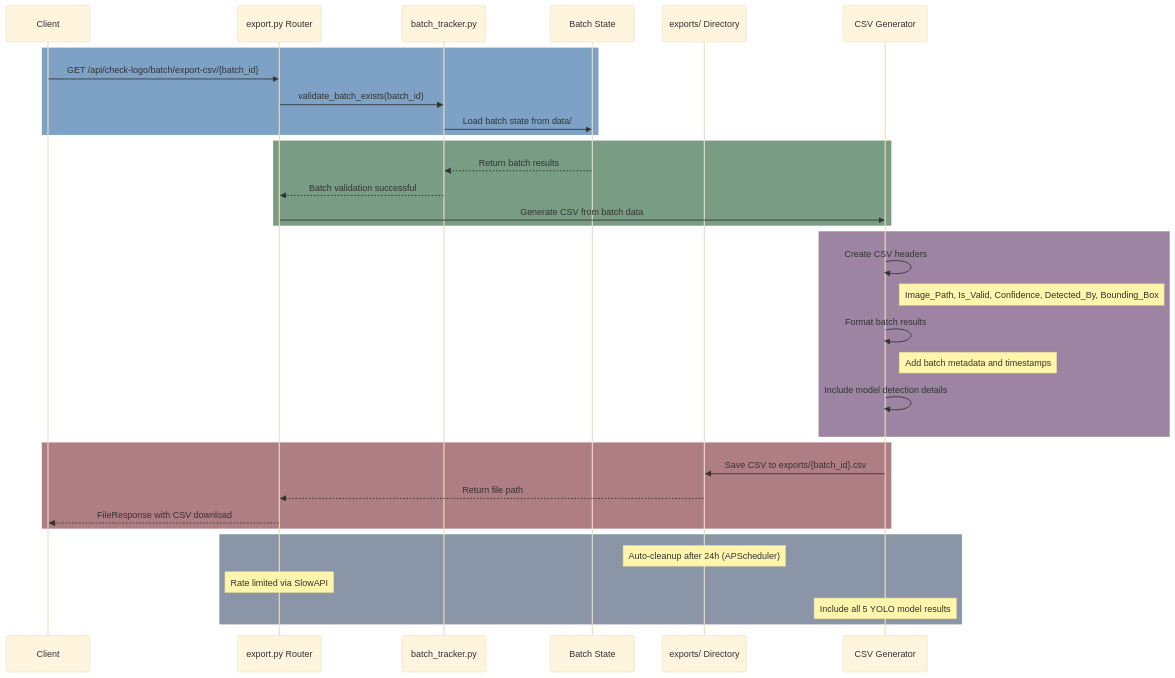
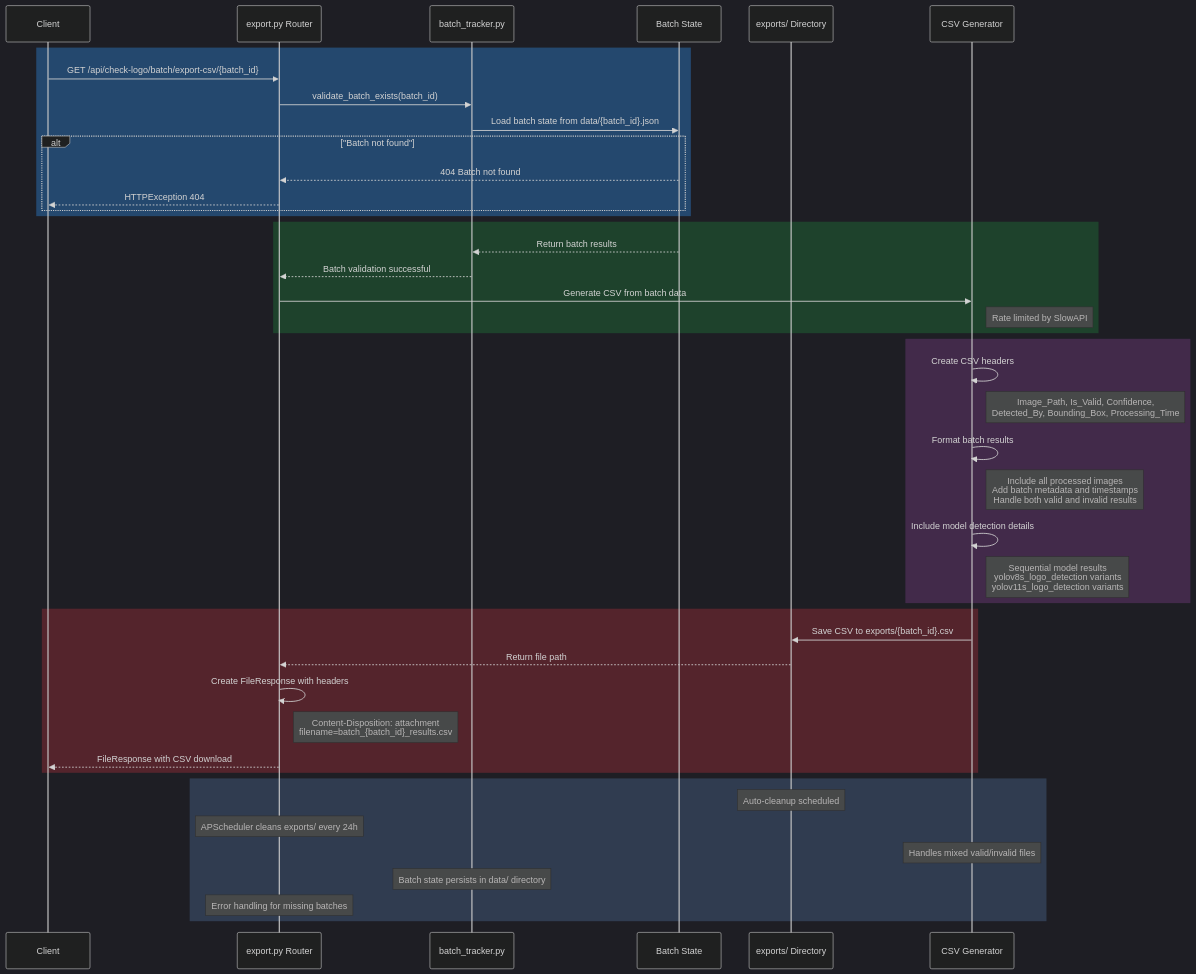
Before and after one commit to Dhruv0306/SymphonyProject1: the diagram in docs/images/CSV Export Lifecycle.mmd, drawn with Mermaid. The commit also changed 36 other files, not shown here.

First line of the commit message:
docs: enhance architecture and feature documentation

```diff
--- a/docs/images/CSV Export Lifecycle.mmd
+++ b/docs/images/CSV Export Lifecycle.mmd
@@ -1,40 +1,50 @@
-%%{init: {'theme': 'base', 'themeVariables': { 'fontFamily': 'arial', 'fontSize': '18px', 'fontWeight': 'bold'}}}%%
+%%{init: {'theme': 'dark', 'themeVariables': { 'fontFamily': 'arial', 'fontSize': '18px', 'fontWeight': 'bold'}}}%%
 sequenceDiagram
     participant C as Client
     participant A as export.py Router
     participant B as batch_tracker.py
     participant D as Batch State
     participant S as exports/ Directory
     participant E as CSV Generator
 
     rect rgba(40, 100, 160, 0.6)
         C->>A: GET /api/check-logo/batch/export-csv/{batch_id}
         A->>B: validate_batch_exists(batch_id)
-        B->>D: Load batch state from data/
+        B->>D: Load batch state from data/{batch_id}.json
+        alt "Batch not found"
+            D-->>A: 404 Batch not found
+            A-->>C: HTTPException 404
+        end
     end
 
     rect rgba(30, 90, 50, 0.6)
         D-->>B: Return batch results
         B-->>A: Batch validation successful
         A->>E: Generate CSV from batch data
+        Note right of E: Rate limited by SlowAPI
     end
 
     rect rgba(90, 50, 100, 0.6)
         E->>E: Create CSV headers
-        Note right of E: Image_Path, Is_Valid, Confidence, Detected_By, Bounding_Box
+        Note right of E: Image_Path, Is_Valid, Confidence,<br/>Detected_By, Bounding_Box, Processing_Time
         E->>E: Format batch results
-        Note right of E: Add batch metadata and timestamps
+        Note right of E: Include all processed images<br/>Add batch metadata and timestamps<br/>Handle both valid and invalid results
         E->>E: Include model detection details
+        Note right of E: Sequential model results<br/>yolov8s_logo_detection variants<br/>yolov11s_logo_detection variants
     end
 
     rect rgba(120, 40, 50, 0.6)
         E->>S: Save CSV to exports/{batch_id}.csv
         S-->>A: Return file path
+        A->>A: Create FileResponse with headers
+        Note right of A: Content-Disposition: attachment<br/>filename=batch_{batch_id}_results.csv
         A-->>C: FileResponse with CSV download
     end
 
     rect rgba(60, 80, 110, 0.6)
-        Note over S: Auto-cleanup after 24h (APScheduler)
-        Note over A: Rate limited via SlowAPI
-        Note over E: Include all 5 YOLO model results
-    end 
+        Note over S: Auto-cleanup scheduled
+        Note over A: APScheduler cleans exports/ every 24h
+        Note over E: Handles mixed valid/invalid files
+        Note over B: Batch state persists in data/ directory
+        Note over A: Error handling for missing batches
+    end
```
